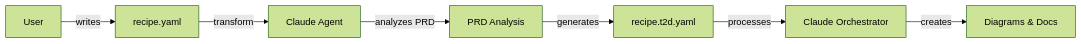
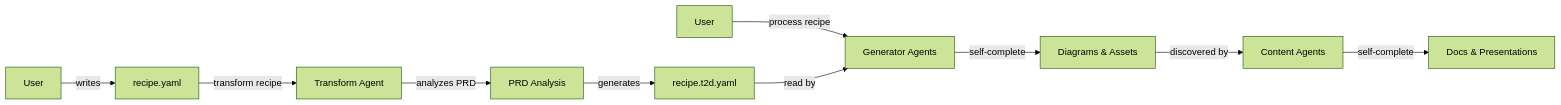
Before and after one commit to afterthought/t2d-kit: the diagram in specs/001-i-want-to/transformation-workflow.md, drawn with Mermaid (forest theme). The commit also changed other lines of this file and 5 other files, not shown here.

````diff
--- a/specs/001-i-want-to/transformation-workflow.md
+++ b/specs/001-i-want-to/transformation-workflow.md
@@ -16,9 +16,14 @@
 ```mermaid
 flowchart LR
     User[User] -->|writes| UR[recipe.yaml]
-    UR -->|transform| Agent[Claude Agent]
-    Agent -->|analyzes PRD| Analysis[PRD Analysis]
+    UR -->|"transform recipe"| Transform[Transform Agent]
+    Transform -->|analyzes PRD| Analysis[PRD Analysis]
     Analysis -->|generates| PR[recipe.t2d.yaml]
-    PR -->|processes| Orchestrator[Claude Orchestrator]
-    Orchestrator -->|creates| Output[Diagrams & Docs]
+
+    User2[User] -->|"process recipe"| Generators[Generator Agents]
+    PR -->|read by| Generators
+    Generators -->|self-complete| Diagrams[Diagrams & Assets]
+
+    Diagrams -->|discovered by| Content[Content Agents]
+    Content -->|self-complete| Output[Docs & Presentations]
 ```
````
